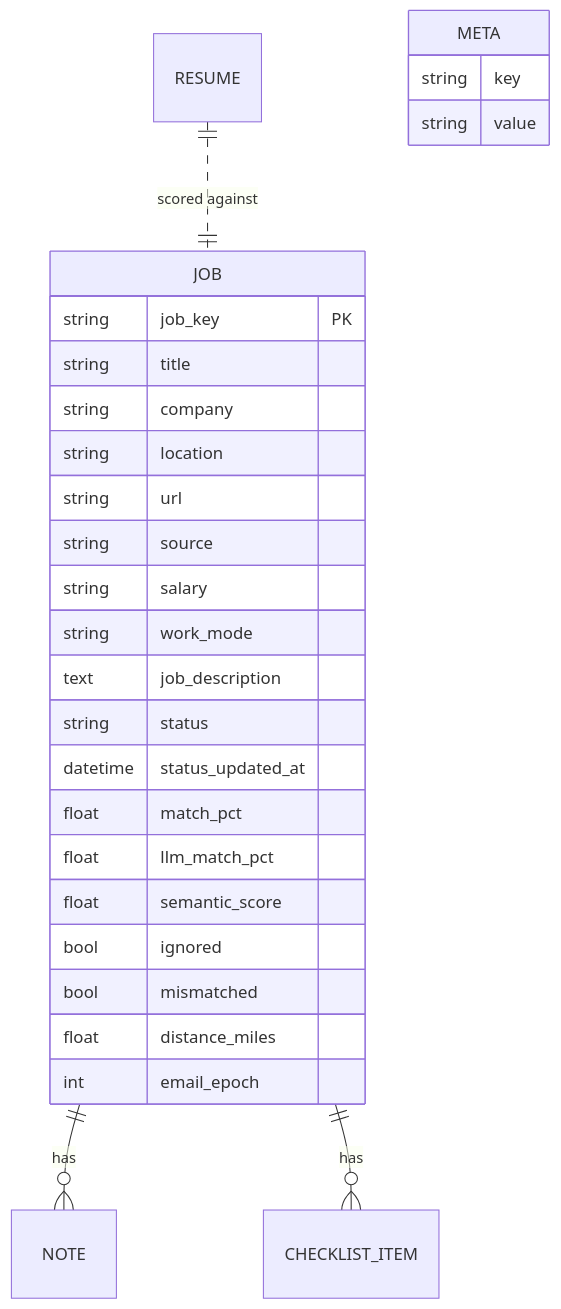
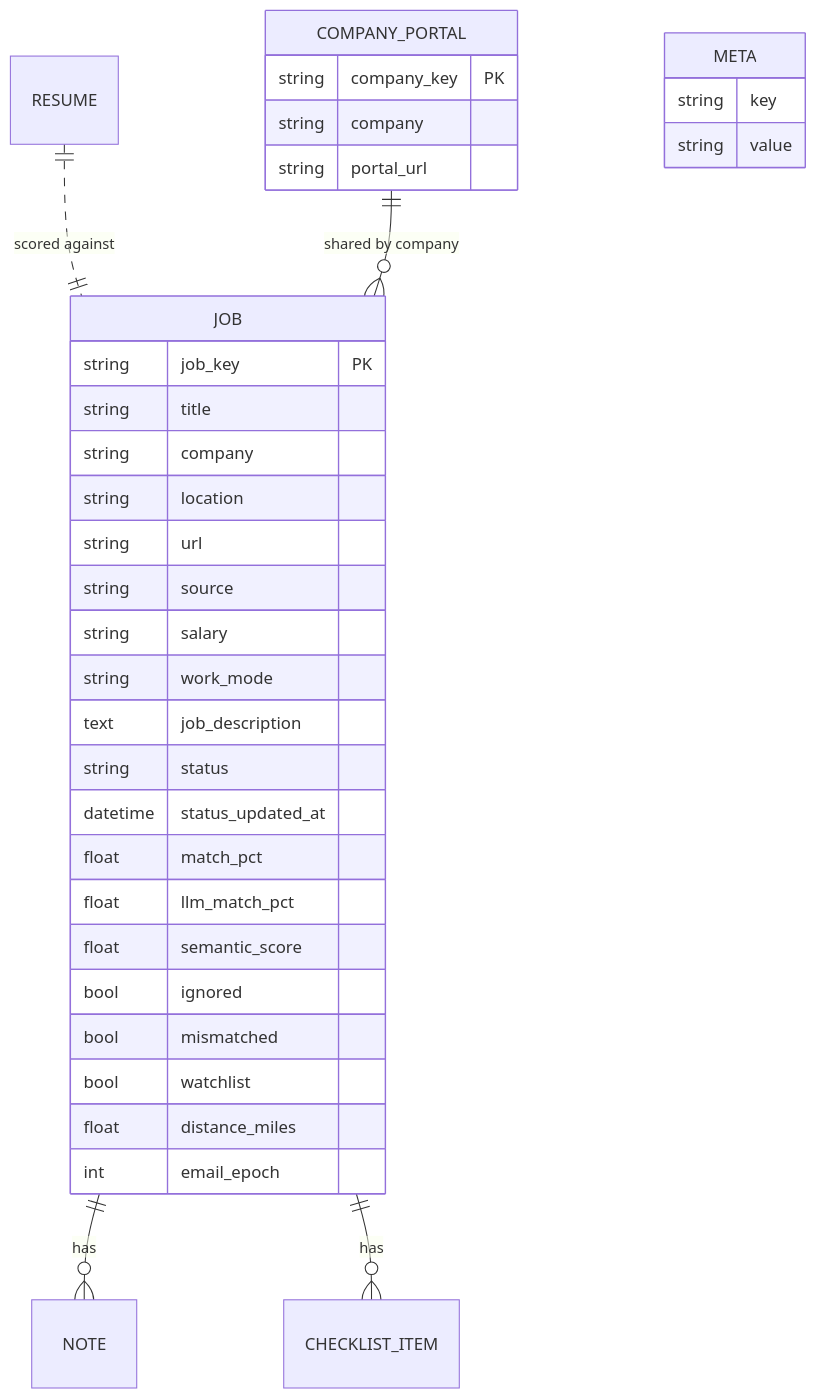
Before and after one commit to gcheruku/jobtracker: the third of 3 diagrams in docs/Architecture.md, drawn with Mermaid. The commit also changed other lines of this file and 2 other files, not shown here.

````diff
--- a/docs/Architecture.md
+++ b/docs/Architecture.md
@@ -229,30 +260,37 @@
 ```mermaid
 erDiagram
     JOB ||--o{ NOTE : has
     JOB ||--o{ CHECKLIST_ITEM : has
     RESUME ||..|| JOB : "scored against"
+    COMPANY_PORTAL ||--o{ JOB : "shared by company"
     META {
         string key
         string value
+    }
+    COMPANY_PORTAL {
+        string company_key PK
+        string company
+        string portal_url
     }
     JOB {
         string job_key PK
         string title
         string company
         string location
         string url
         string source
         string salary
         string work_mode
         text   job_description
         string status
         datetime status_updated_at
         float  match_pct
         float  llm_match_pct
         float  semantic_score
         bool   ignored
         bool   mismatched
+        bool   watchlist
         float  distance_miles
         int    email_epoch
     }
 ```
````
